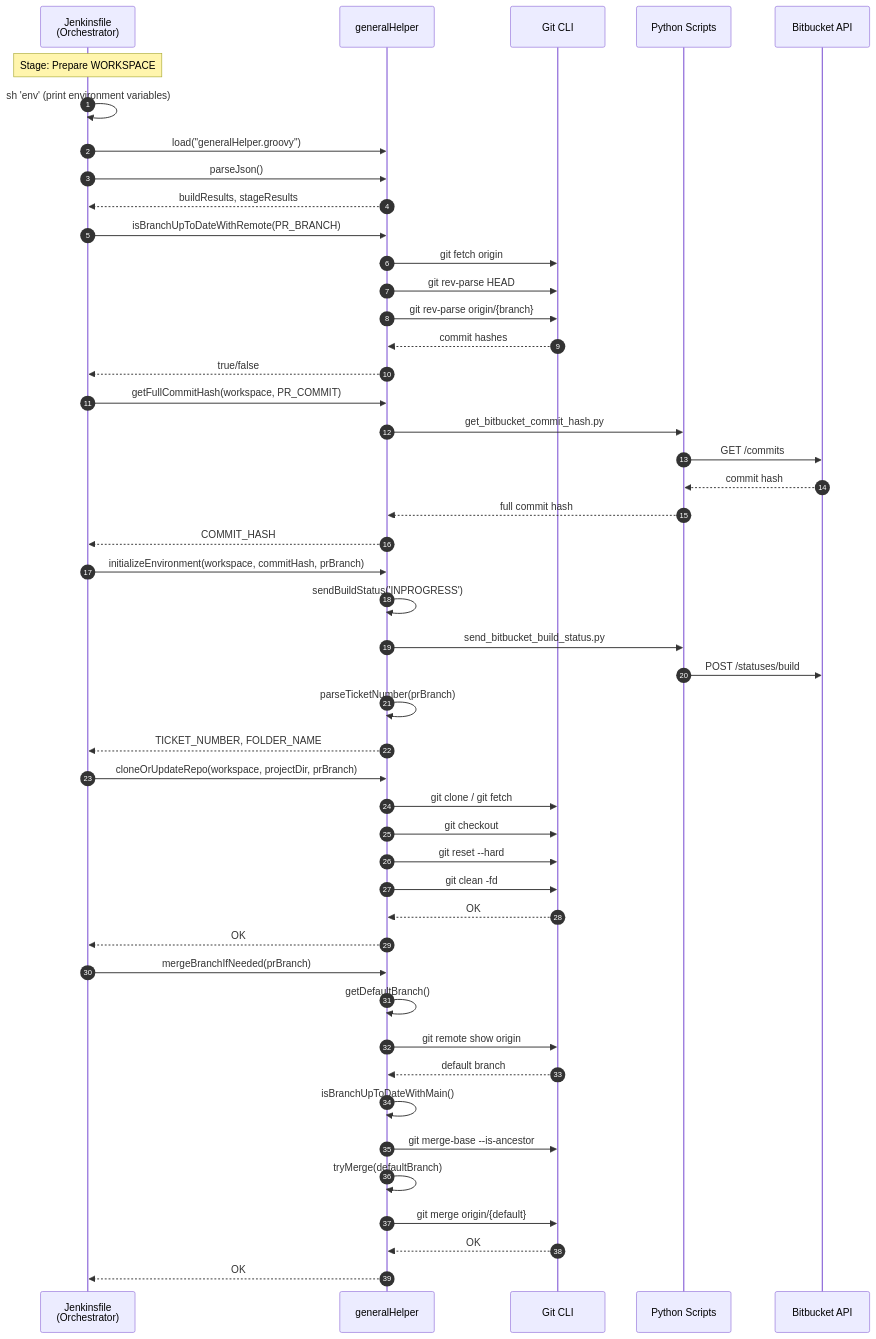
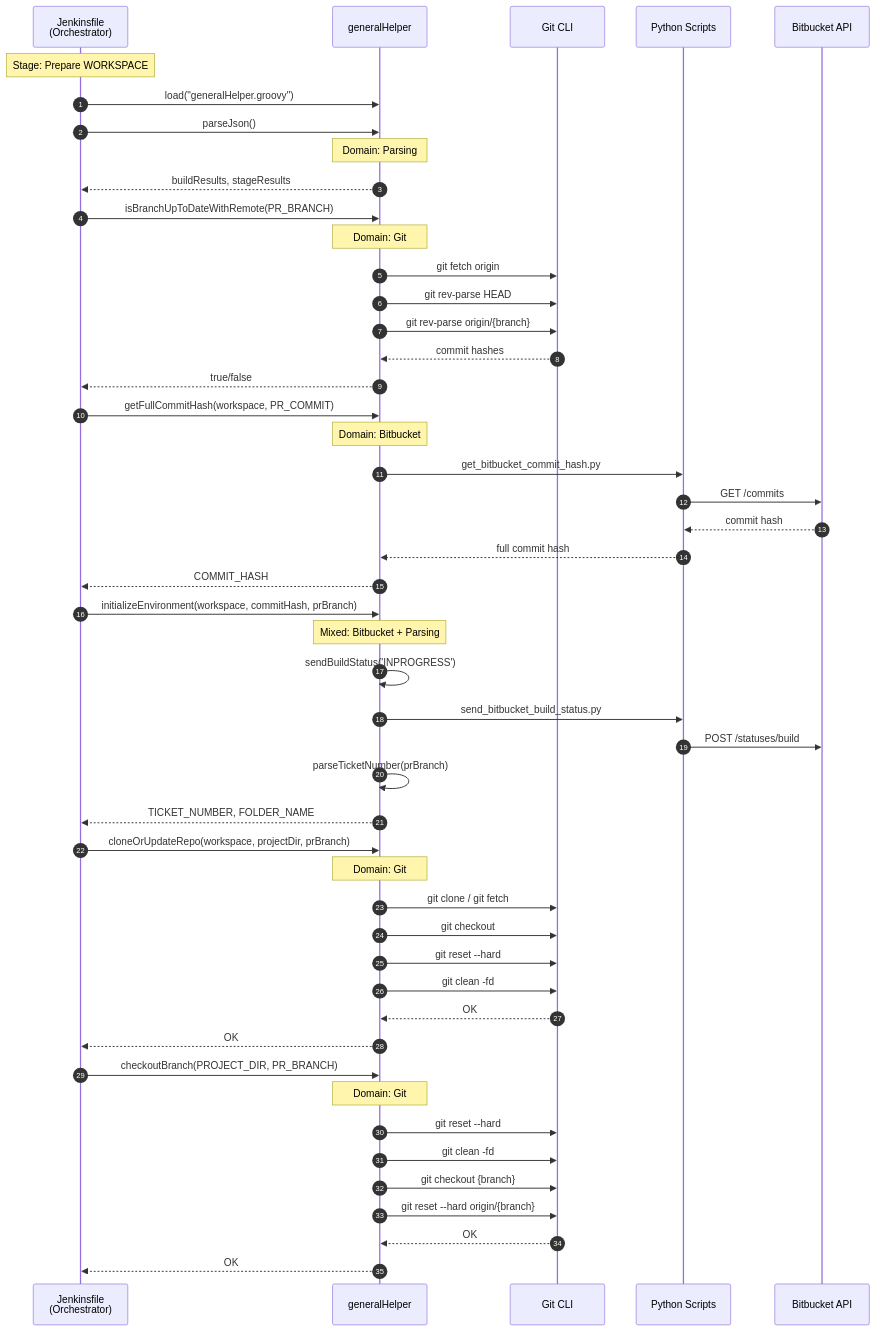
One commit to JindoKimKor/Self-Binnacle changed the second of 8 diagrams in Voyages/Projects/VARLab-work-transfer/portfolios/devops-jenkins-linux/4-layer-architecture-and-logger-system-integration/problem-analysis/pipeline-sequence-diagrams/jenkins-ci.md. Above: the diagram before and after it, drawn with Mermaid. The commit also changed other lines of this file and 55 other files, not shown here.

First line of the commit message:
refactor(4-layer-architecture): Standardize analysis document naming and format

````diff
--- a/Voyages/Projects/VARLab-work-transfer/portfolios/devops-jenkins-linux/4-layer-architecture-and-logger-system-integration/problem-analysis/pipeline-sequence-diagrams/jenkins-ci.md
+++ b/Voyages/Projects/VARLab-work-transfer/portfolios/devops-jenkins-linux/4-layer-architecture-and-logger-system-integration/problem-analysis/pipeline-sequence-diagrams/jenkins-ci.md
@@ -75,58 +84,60 @@
 ```mermaid
 sequenceDiagram
     autonumber
 
     participant JF as Jenkinsfile<br/>(Orchestrator)
     participant GH as generalHelper
     participant Git as Git CLI
     participant Python as Python Scripts
     participant BB as Bitbucket API
 
     Note over JF: Stage: Prepare WORKSPACE
 
-    JF->>JF: sh 'env' (print environment variables)
     JF->>GH: load("generalHelper.groovy")
 
     JF->>GH: parseJson()
+    Note over GH: Domain: Parsing
     GH-->>JF: buildResults, stageResults
 
     JF->>GH: isBranchUpToDateWithRemote(PR_BRANCH)
+    Note over GH: Domain: Git
     GH->>Git: git fetch origin
     GH->>Git: git rev-parse HEAD
     GH->>Git: git rev-parse origin/{branch}
     Git-->>GH: commit hashes
     GH-->>JF: true/false
 
     JF->>GH: getFullCommitHash(workspace, PR_COMMIT)
+    Note over GH: Domain: Bitbucket
     GH->>Python: get_bitbucket_commit_hash.py
     Python->>BB: GET /commits
     BB-->>Python: commit hash
     Python-->>GH: full commit hash
     GH-->>JF: COMMIT_HASH
 
     JF->>GH: initializeEnvironment(workspace, commitHash, prBranch)
+    Note over GH: Mixed: Bitbucket + Parsing
     GH->>GH: sendBuildStatus('INPROGRESS')
     GH->>Python: send_bitbucket_build_status.py
     Python->>BB: POST /statuses/build
     GH->>GH: parseTicketNumber(prBranch)
     GH-->>JF: TICKET_NUMBER, FOLDER_NAME
 
     JF->>GH: cloneOrUpdateRepo(workspace, projectDir, prBranch)
+    Note over GH: Domain: Git
     GH->>Git: git clone / git fetch
     GH->>Git: git checkout
     GH->>Git: git reset --hard
     GH->>Git: git clean -fd
     Git-->>GH: OK
     GH-->>JF: OK
 
-    JF->>GH: mergeBranchIfNeeded(prBranch)
-    GH->>GH: getDefaultBranch()
-    GH->>Git: git remote show origin
-    Git-->>GH: default branch
-    GH->>GH: isBranchUpToDateWithMain()
-    GH->>Git: git merge-base --is-ancestor
-    GH->>GH: tryMerge(defaultBranch)
-    GH->>Git: git merge origin/{default}
+    JF->>GH: checkoutBranch(PROJECT_DIR, PR_BRANCH)
+    Note over GH: Domain: Git
+    GH->>Git: git reset --hard
+    GH->>Git: git clean -fd
+    GH->>Git: git checkout {branch}
+    GH->>Git: git reset --hard origin/{branch}
     Git-->>GH: OK
     GH-->>JF: OK
 ```
````
